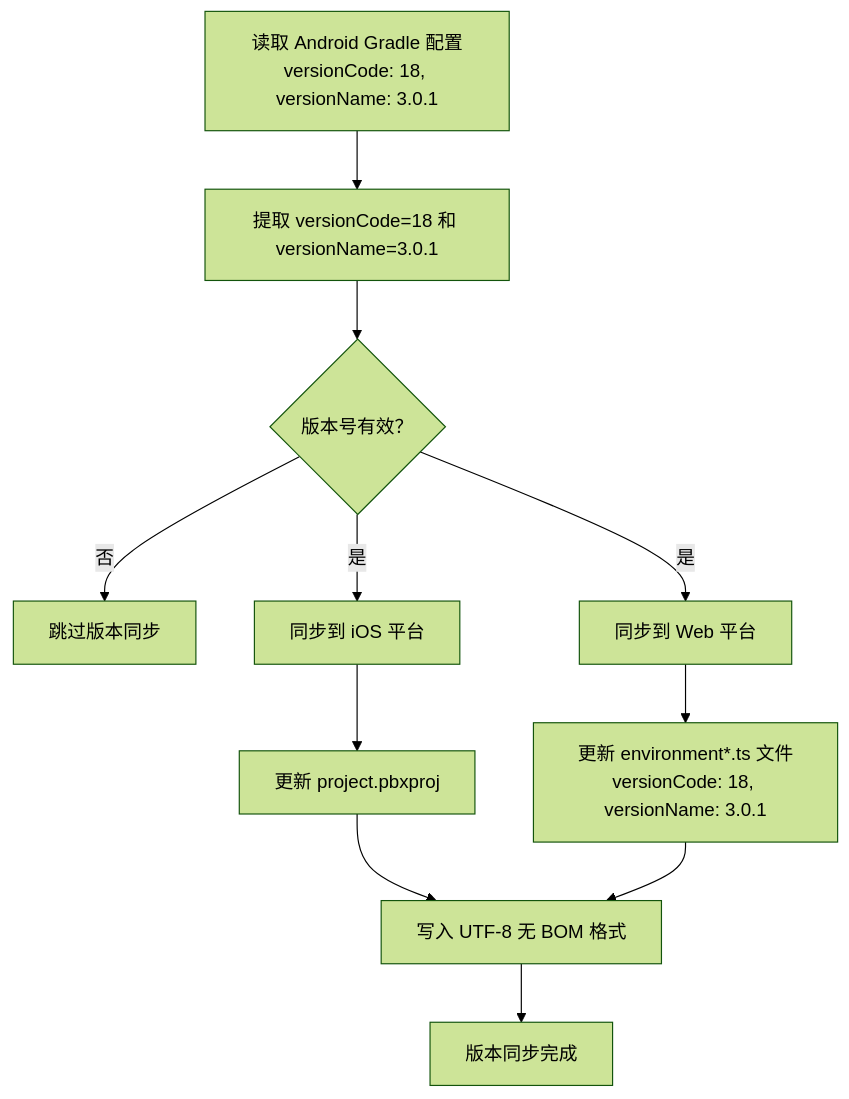
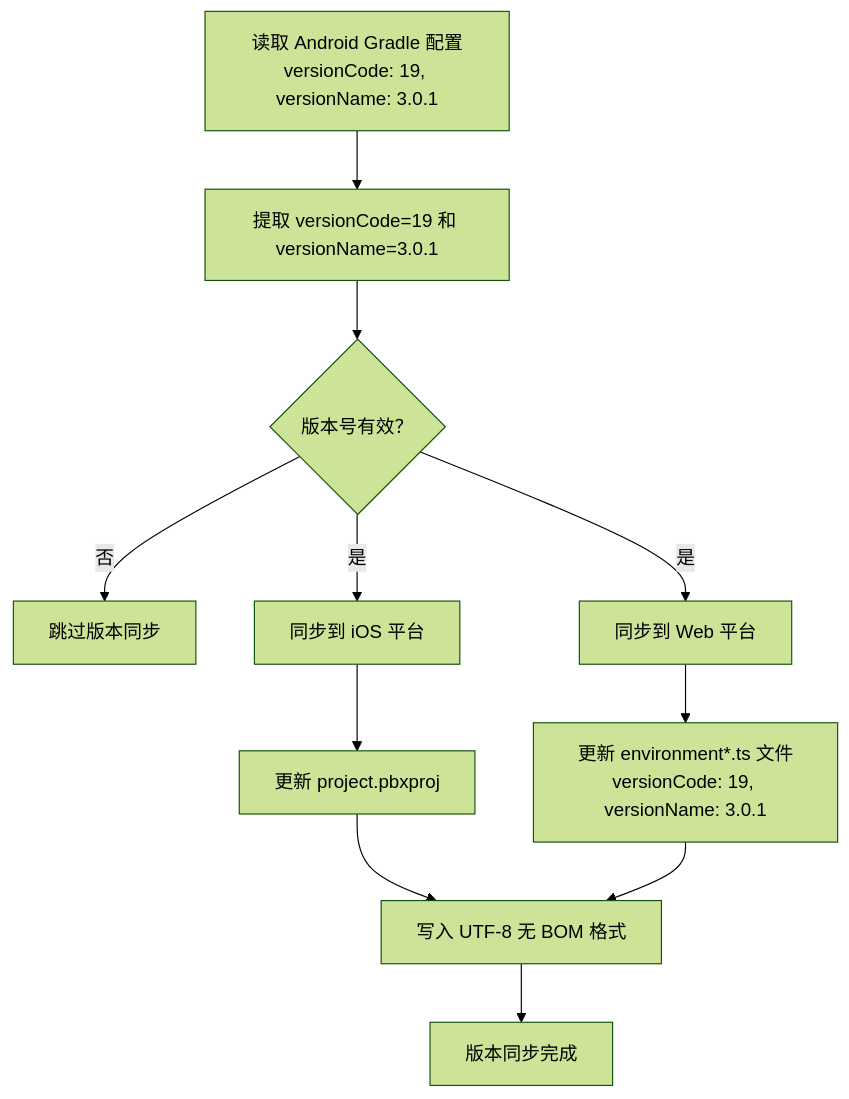
The fourth of 6 diagrams in .qoder/repowiki/zh/content/构建与部署/构建配置.md (tea4go/Macro-Deck-Client-App), drawn with Mermaid (forest theme) before and after one commit. The commit also changed other lines of this file and 46 other files, not shown here.

````diff
--- a/.qoder/repowiki/zh/content/构建与部署/构建配置.md
+++ b/.qoder/repowiki/zh/content/构建与部署/构建配置.md
@@ -721,13 +721,13 @@
 ```mermaid
 flowchart TD
-A["读取 Android Gradle 配置<br/>versionCode: 18, versionName: 3.0.1"] --> B["提取 versionCode=18 和 versionName=3.0.1"]
+A["读取 Android Gradle 配置<br/>versionCode: 19, versionName: 3.0.1"] --> B["提取 versionCode=19 和 versionName=3.0.1"]
 B --> C{"版本号有效？"}
 C --> |否| D["跳过版本同步"]
 C --> |是| E["同步到 iOS 平台"]
 C --> |是| F["同步到 Web 平台"]
 E --> G["更新 project.pbxproj"]
-F --> H["更新 environment*.ts 文件<br/>versionCode: 18, versionName: 3.0.1"]
+F --> H["更新 environment*.ts 文件<br/>versionCode: 19, versionName: 3.0.1"]
 G --> I["写入 UTF-8 无 BOM 格式"]
 H --> I
 I --> J["版本同步完成"]
 ```
````
